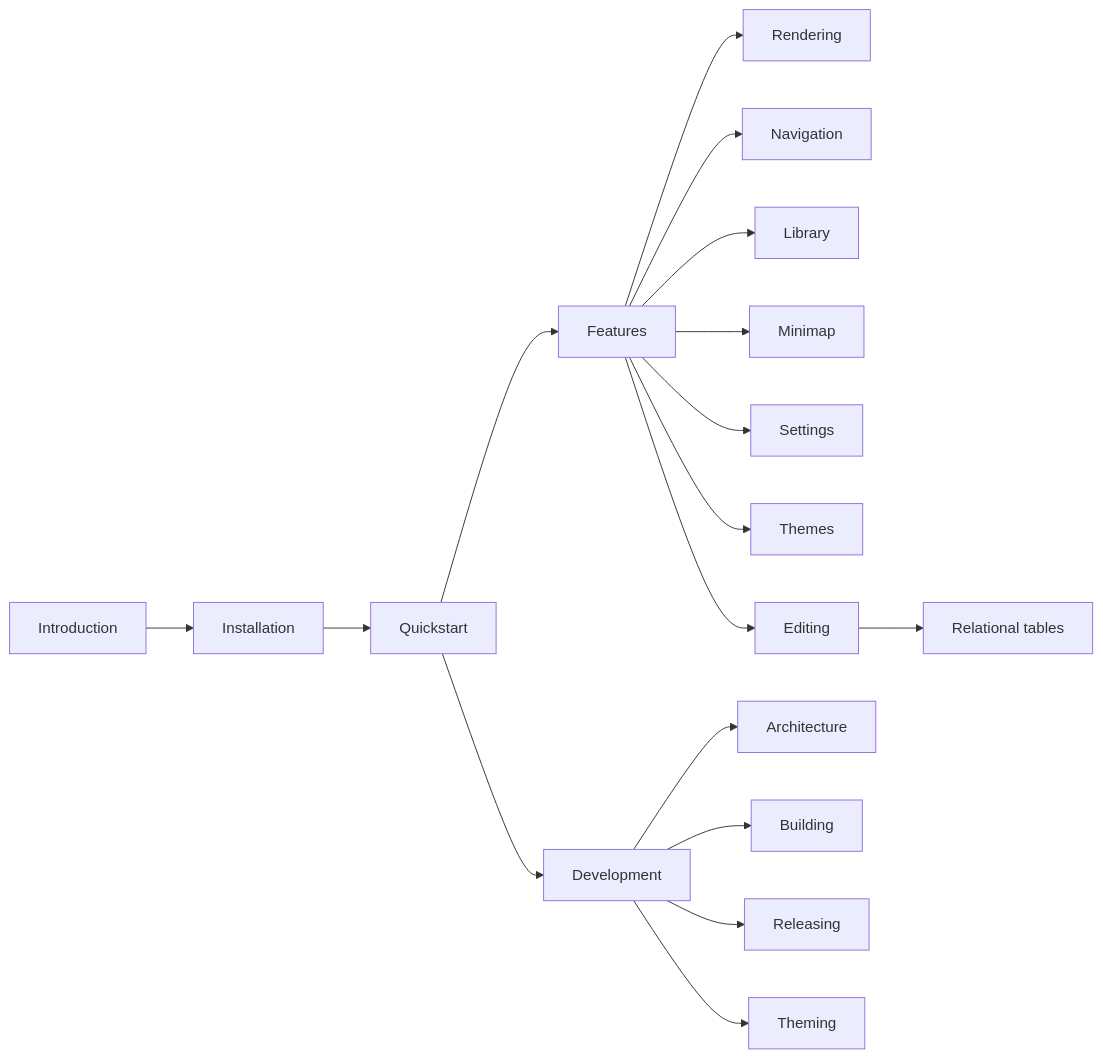
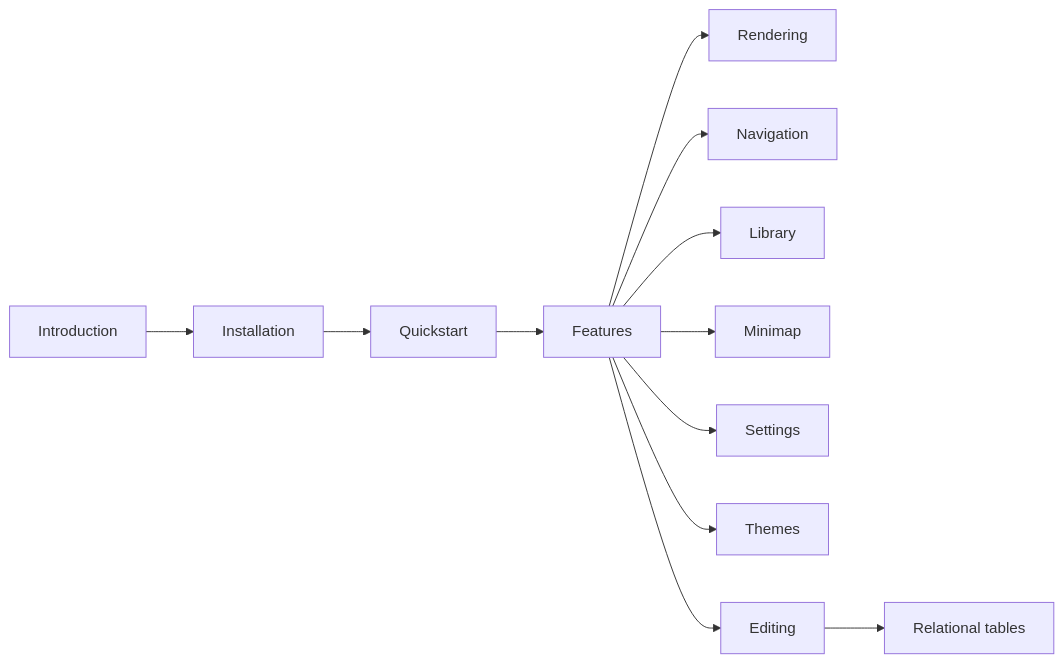
The diagram in docs/README.md (ryanallen/leaftext), drawn with Mermaid before and after one commit. The commit also changed other lines of this file and 15 other files, not shown here.

````diff
--- a/docs/README.md
+++ b/docs/README.md
@@ -9,19 +9,14 @@
 ```mermaid
 flowchart LR
     A[Introduction] --> B[Installation]
     B --> C[Quickstart]
     C --> D[Features]
     D --> E[Rendering]
     D --> F[Navigation]
     D --> G[Library]
     D --> H[Minimap]
     D --> I[Settings]
     D --> J[Themes]
     D --> K[Editing]
     K --> Q[Relational tables]
-    C --> L[Development]
-    L --> M[Architecture]
-    L --> N[Building]
-    L --> O[Releasing]
-    L --> P[Theming]
 ```
````
